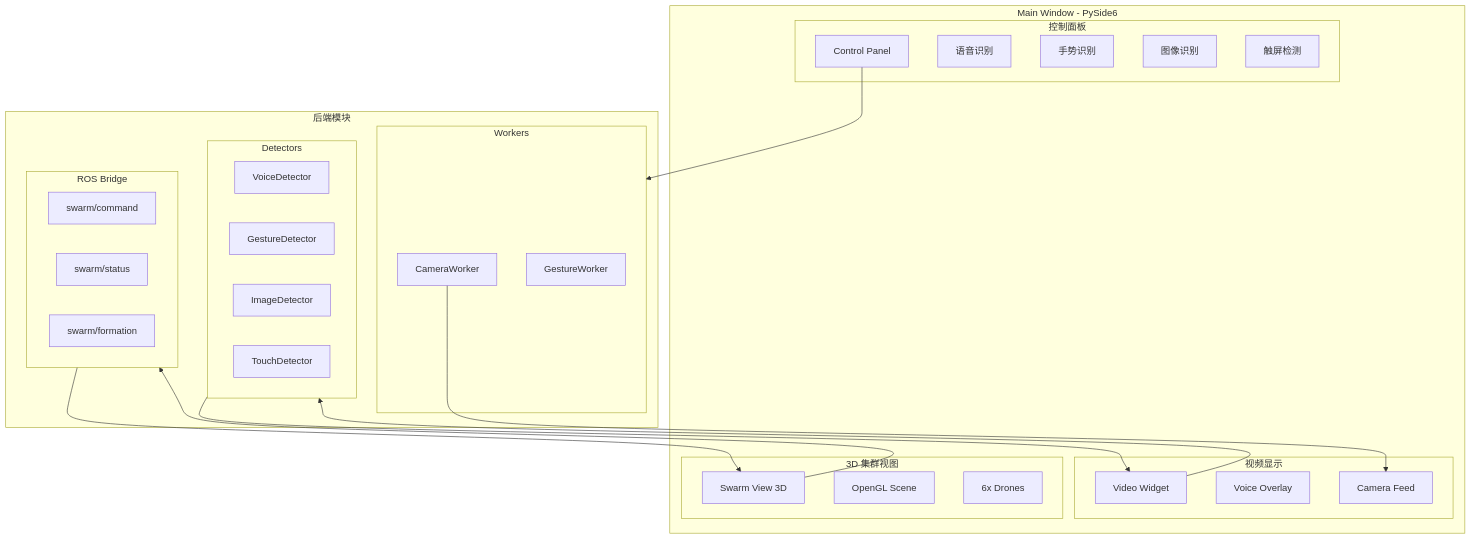
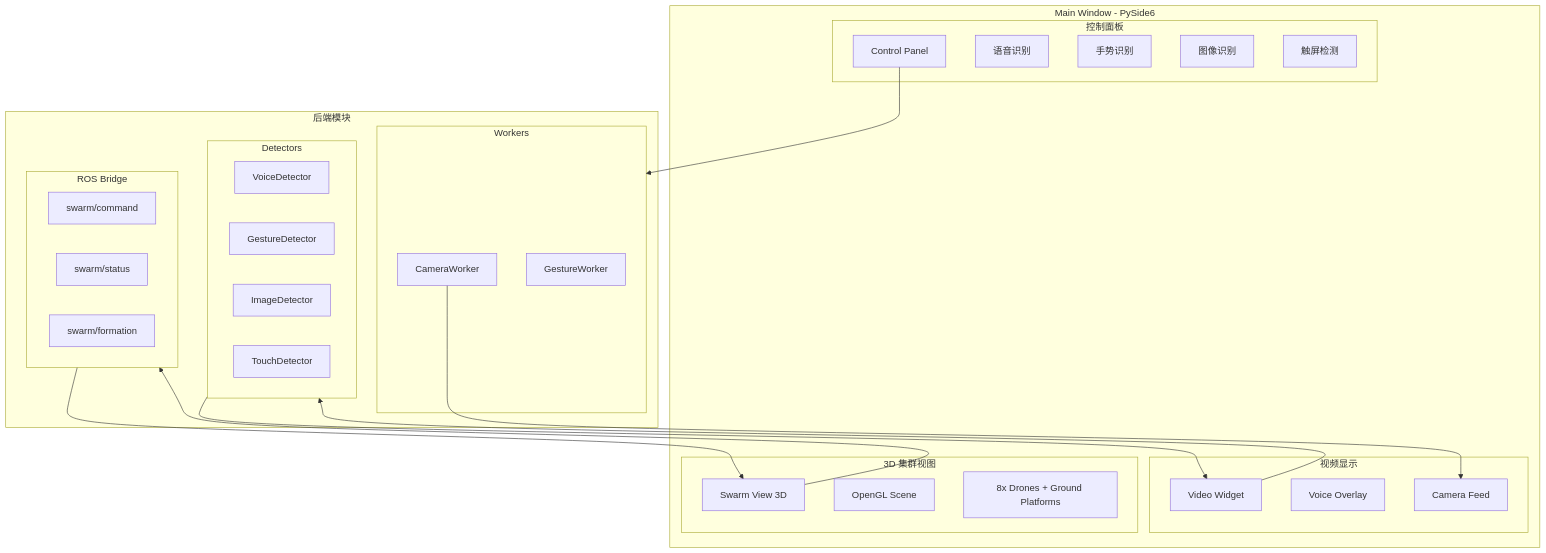
The first of 3 diagrams in README.md (Nathanielneil/multimodal_detector), drawn with Mermaid before and after one commit. The commit also changed other lines of this file and 35 other files, not shown here.

````diff
--- a/README.md
+++ b/README.md
@@ -65,47 +66,47 @@
 ```mermaid
 graph TB
     subgraph UI["Main Window - PySide6"]
         subgraph Left["控制面板"]
             CP[Control Panel]
             CB1["语音识别"]
             CB2["手势识别"]
             CB3["图像识别"]
             CB4["触屏检测"]
         end
         subgraph Center["视频显示"]
             VW[Video Widget]
             VO[Voice Overlay]
             CF[Camera Feed]
         end
         subgraph Right["3D 集群视图"]
             SV[Swarm View 3D]
             OGL[OpenGL Scene]
-            DR[6x Drones]
+            DR[8x Drones + Ground Platforms]
         end
     end
 
     subgraph Backend["后端模块"]
         subgraph Workers["Workers"]
             CW[CameraWorker]
             GW[GestureWorker]
         end
         subgraph Detectors["Detectors"]
             VD[VoiceDetector]
             GD[GestureDetector]
             ID[ImageDetector]
             TD[TouchDetector]
         end
         subgraph ROS["ROS Bridge"]
             RC["swarm/command"]
             RS["swarm/status"]
             RF["swarm/formation"]
         end
     end
 
     CP --> Workers
     VW --> Detectors
     SV --> ROS
     CW --> CF
     Detectors --> VW
     ROS --> SV
 ```
````
